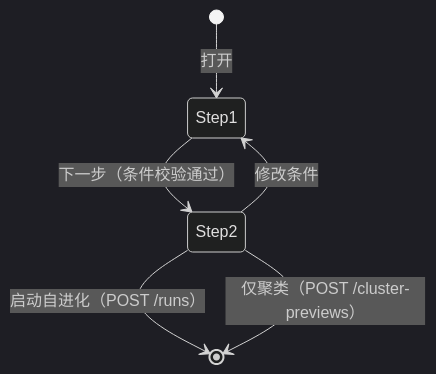
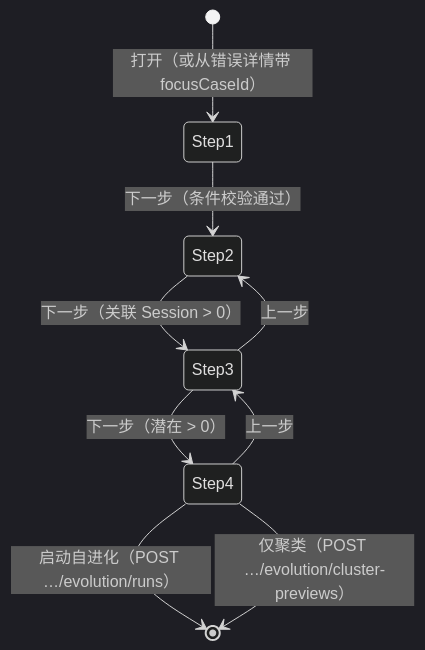
One commit to Shadow-Azure/harness-evolution changed the diagram in plans/fullstack-design/08-frontend-implementation.md. Above: the diagram before and after it, drawn with Mermaid (dark theme). The commit also changed other lines of this file and 18 other files, not shown here.

````diff
--- a/plans/fullstack-design/08-frontend-implementation.md
+++ b/plans/fullstack-design/08-frontend-implementation.md
@@ -461,8 +602,11 @@
 ```mermaid
 stateDiagram-v2
-    [*] --> Step1: 打开
+    [*] --> Step1: 打开（或从错误详情带 focusCaseId）
     Step1 --> Step2: 下一步（条件校验通过）
-    Step2 --> Step1: 修改条件
-    Step2 --> [*]: 启动自进化（POST /runs）
-    Step2 --> [*]: 仅聚类（POST /cluster-previews）
+    Step2 --> Step3: 下一步（关联 Session > 0）
+    Step3 --> Step2: 上一步
+    Step3 --> Step4: 下一步（潜在 > 0）
+    Step4 --> Step3: 上一步
+    Step4 --> [*]: 启动自进化（POST …/evolution/runs）
+    Step4 --> [*]: 仅聚类（POST …/evolution/cluster-previews）
 ```
````
